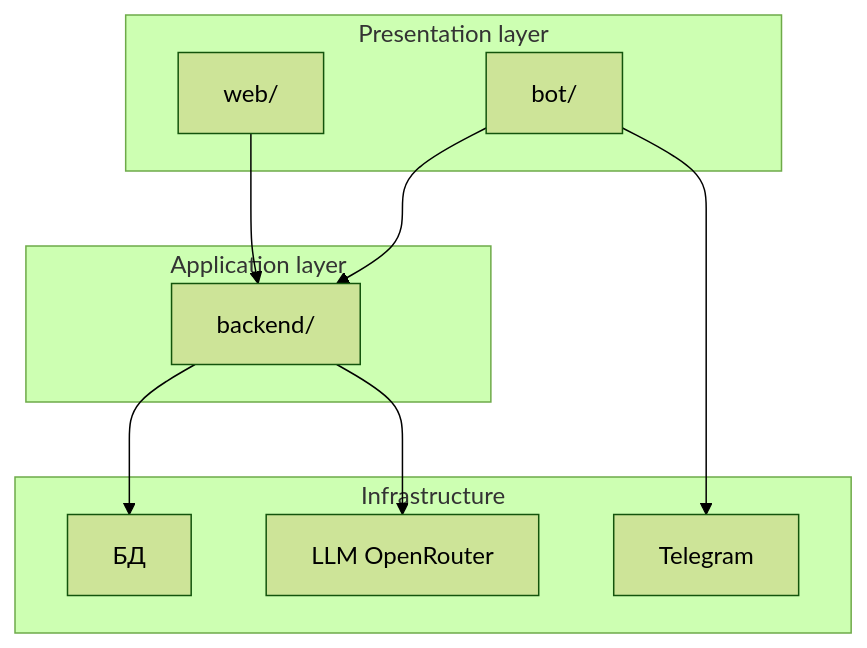
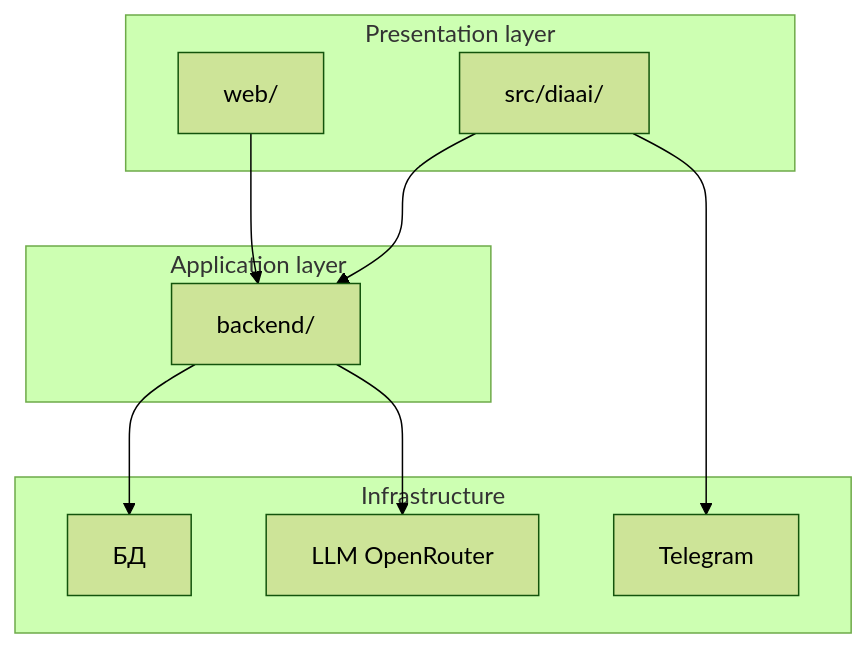
Before and after one commit to zatulik2606/diaai: the fourth of 6 diagrams in docs/vision.md, drawn with Mermaid (forest theme). The commit also changed other lines of this file and 41 other files, not shown here.

````diff
--- a/docs/vision.md
+++ b/docs/vision.md
@@ -132,23 +132,23 @@
 ```mermaid
 flowchart TB
     subgraph presentation [Presentation layer]
-        BotClient["bot/"]
+        BotClient["src/diaai/"]
         WebClient["web/"]
     end
 
     subgraph application [Application layer]
         BackendApp["backend/"]
     end
 
     subgraph infrastructure [Infrastructure]
         Database["БД"]
         LLMService["LLM OpenRouter"]
         TelegramAPI["Telegram"]
     end
 
     BotClient --> BackendApp
     WebClient --> BackendApp
     BackendApp --> Database
     BackendApp --> LLMService
     BotClient --> TelegramAPI
 ```
````
